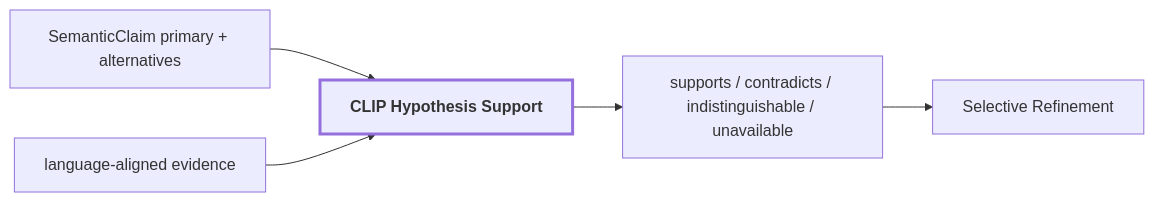
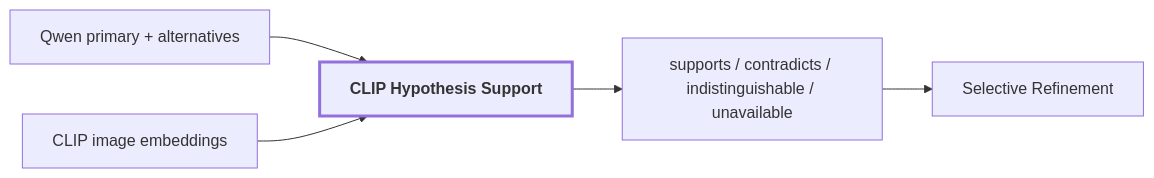
Before and after one commit to Alexandre-Tortoza/contextual-3d-mapping: the diagram in docs/10-hypothesis-support.md, drawn with Mermaid. The commit also changed other lines of this file, not shown here.

Commit message:
docs: expand hypothesis support explanation

````diff
--- a/docs/10-hypothesis-support.md
+++ b/docs/10-hypothesis-support.md
@@ -5,8 +5,8 @@
 ```mermaid
 flowchart LR
-    A["SemanticClaim primary + alternatives"] --> C["CLIP Hypothesis Support"]:::current
-    B["language-aligned evidence"] --> C
+    A["Qwen primary + alternatives"] --> C["CLIP Hypothesis Support"]:::current
+    B["CLIP image embeddings"] --> C
     C --> D["supports / contradicts / indistinguishable / unavailable"]
     D --> E["Selective Refinement"]
     classDef current stroke-width:3px,font-weight:bold;
 ```
````
